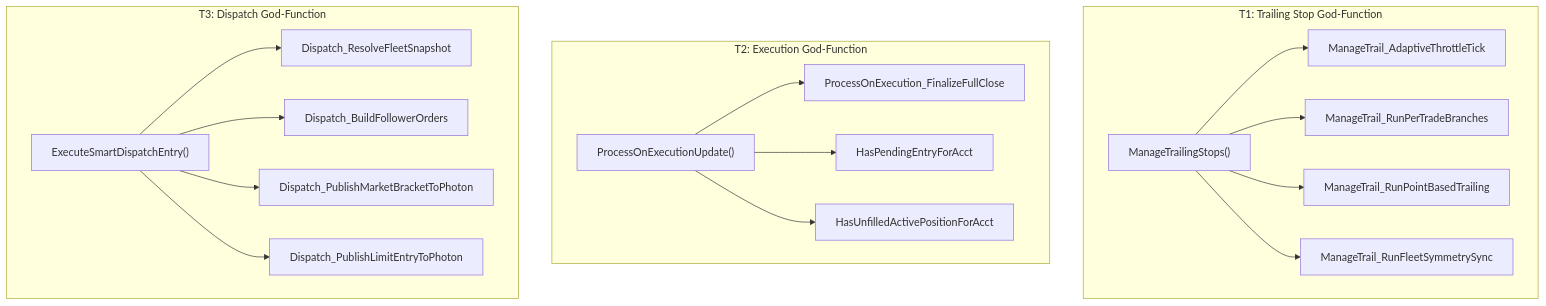
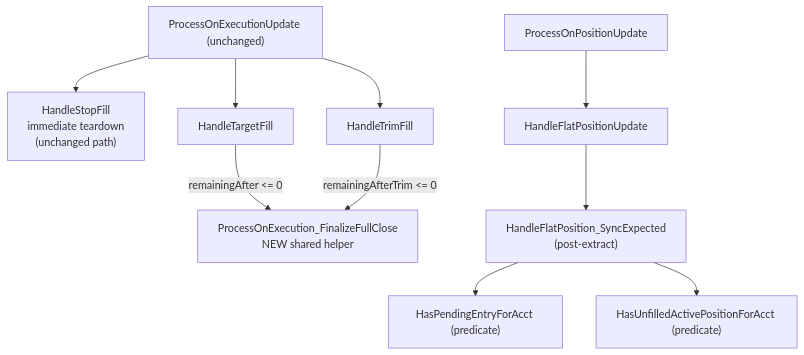
Before and after one commit to mkalhitti-cloud/universal-or-strategy: the second of 3 diagrams in Traycerrefactor/Refactoring_Approach__Phase_6_Hot_Path_Hardening.md, drawn with Mermaid. The commit also changed other lines of this file and 7 other files, not shown here.

````diff
--- a/Traycerrefactor/Refactoring_Approach__Phase_6_Hot_Path_Hardening.md
+++ b/Traycerrefactor/Refactoring_Approach__Phase_6_Hot_Path_Hardening.md
@@ -26,22 +145,13 @@
 ```mermaid
-graph TD
-    subgraph "T1: Trailing Stop God-Function"
-        MTS["ManageTrailingStops()"] --> MTS1["ManageTrail_AdaptiveThrottleTick"]
-        MTS --> MTS2["ManageTrail_RunPerTradeBranches"]
-        MTS --> MTS3["ManageTrail_RunPointBasedTrailing"]
-        MTS --> MTS4["ManageTrail_RunFleetSymmetrySync"]
-    end
-
-    subgraph "T2: Execution God-Function"
-        POEU["ProcessOnExecutionUpdate()"] --> POEU1["ProcessOnExecution_FinalizeFullClose"]
-        POEU --> POEU2["HasPendingEntryForAcct"]
-        POEU --> POEU3["HasUnfilledActivePositionForAcct"]
-    end
-
-    subgraph "T3: Dispatch God-Function"
-        ESDE["ExecuteSmartDispatchEntry()"] --> ESDE1["Dispatch_ResolveFleetSnapshot"]
-        ESDE --> ESDE2["Dispatch_BuildFollowerOrders"]
-        ESDE --> ESDE3["Dispatch_PublishMarketBracketToPhoton"]
-        ESDE --> ESDE4["Dispatch_PublishLimitEntryToPhoton"]
-    end
+flowchart TD
+    POEU["ProcessOnExecutionUpdate (unchanged)"]
+    POEU --> HSF["HandleStopFill<br/>immediate teardown<br/>(unchanged path)"]
+    POEU --> HTF["HandleTargetFill"]
+    POEU --> HTRF["HandleTrimFill"]
+    HTF -->|remainingAfter <= 0| FFC["ProcessOnExecution_FinalizeFullClose<br/>NEW shared helper"]
+    HTRF -->|remainingAfterTrim <= 0| FFC
+    POPU["ProcessOnPositionUpdate"] --> HFPU["HandleFlatPositionUpdate"]
+    HFPU --> HFPSE["HandleFlatPosition_SyncExpected<br/>(post-extract)"]
+    HFPSE --> P1["HasPendingEntryForAcct (predicate)"]
+    HFPSE --> P2["HasUnfilledActivePositionForAcct (predicate)"]
 ```
````
